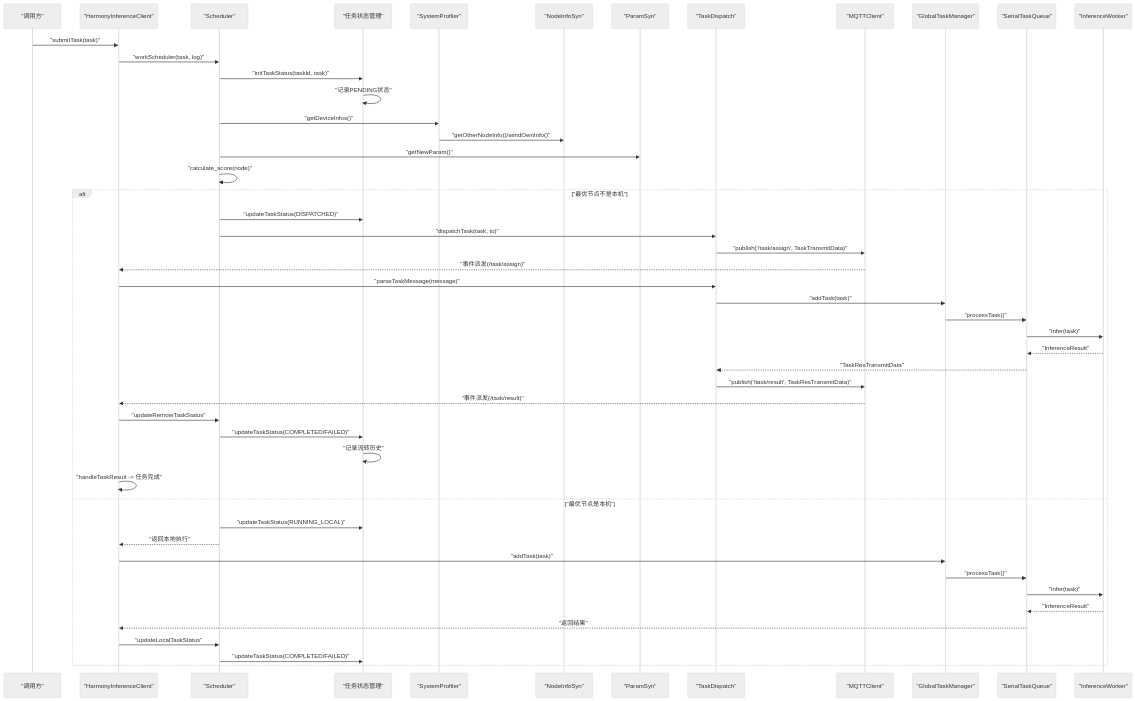
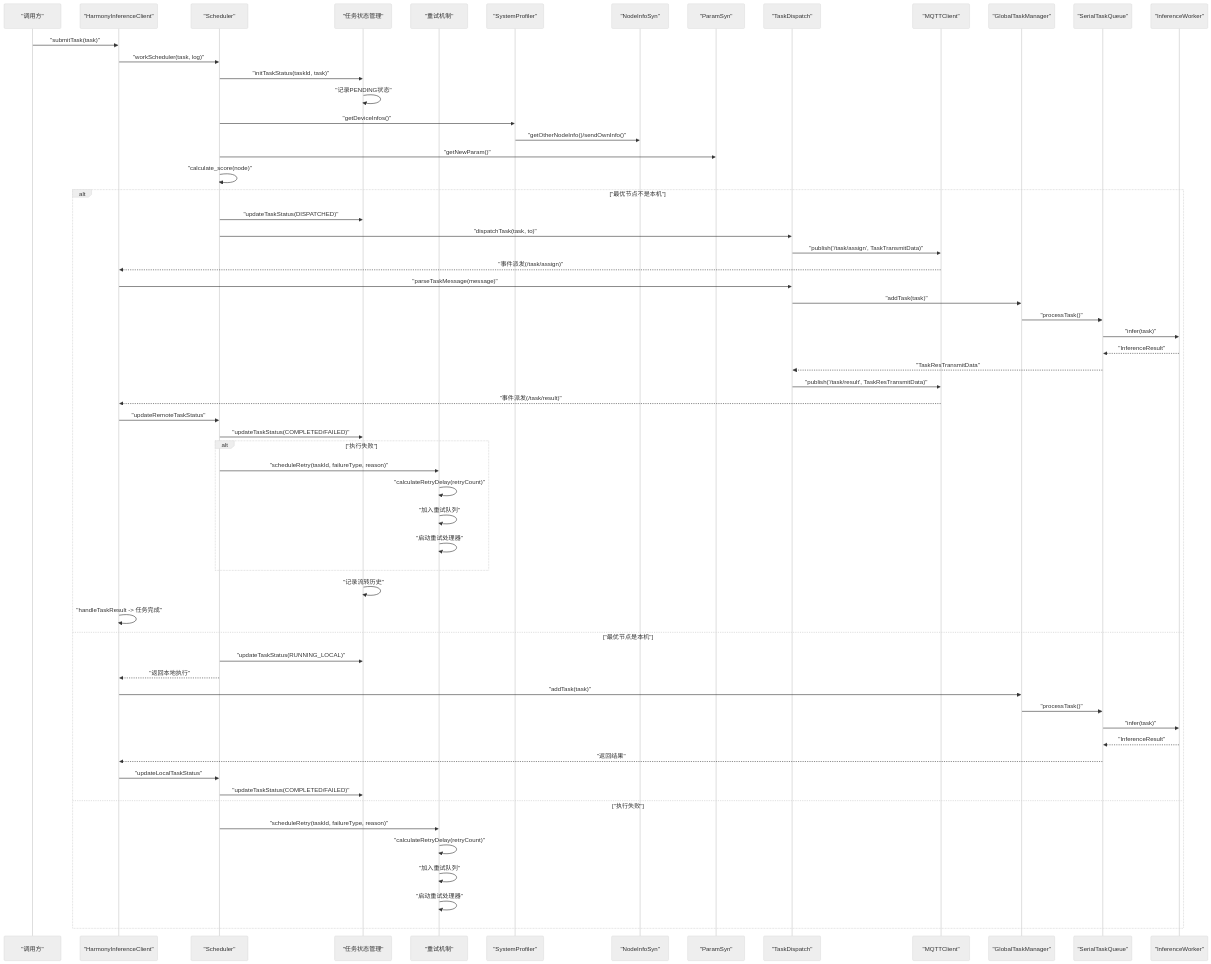
One commit to huo65/OH-Co3 changed the second of 12 diagrams in .qoder/repowiki/zh/content/任务调度系统/任务调度器.md. Above: the diagram before and after it, drawn with Mermaid (neutral theme). The commit also changed other lines of this file and 12 other files, not shown here.

````diff
--- a/.qoder/repowiki/zh/content/任务调度系统/任务调度器.md
+++ b/.qoder/repowiki/zh/content/任务调度系统/任务调度器.md
@@ -122,51 +143,63 @@
 ```mermaid
 sequenceDiagram
 participant Client as "调用方"
 participant HIC as "HarmonyInferenceClient"
 participant SCH as "Scheduler"
 participant TS as "任务状态管理"
+participant RM as "重试机制"
 participant SP as "SystemProfiler"
 participant NI as "NodeInfoSyn"
 participant PS as "ParamSyn"
 participant TD as "TaskDispatch"
 participant MQTT as "MQTTClient"
 participant GTM as "GlobalTaskManager"
 participant STQ as "SerialTaskQueue"
 participant IW as "InferenceWorker"
 Client->>HIC : "submitTask(task)"
 HIC->>SCH : "workScheduler(task, log)"
 SCH->>TS : "initTaskStatus(taskId, task)"
 TS->>TS : "记录PENDING状态"
 SCH->>SP : "getDeviceInfos()"
 SP->>NI : "getOtherNodeInfo()/sendOwnInfo()"
 SCH->>PS : "getNewParam()"
 SCH->>SCH : "calculate_score(node)"
 alt "最优节点不是本机"
 SCH->>TS : "updateTaskStatus(DISPATCHED)"
 SCH->>TD : "dispatchTask(task, to)"
 TD->>MQTT : "publish('/task/assign', TaskTransmitData)"
 MQTT-->>HIC : "事件派发(/task/assign)"
 HIC->>TD : "parseTaskMessage(message)"
 TD->>GTM : "addTask(task)"
 GTM->>STQ : "processTask()"
 STQ->>IW : "infer(task)"
 IW-->>STQ : "InferenceResult"
 STQ-->>TD : "TaskResTransmitData"
 TD->>MQTT : "publish('/task/result', TaskResTransmitData)"
 MQTT-->>HIC : "事件派发(/task/result)"
 HIC->>SCH : "updateRemoteTaskStatus"
 SCH->>TS : "updateTaskStatus(COMPLETED/FAILED)"
+alt "执行失败"
+SCH->>RM : "scheduleRetry(taskId, failureType, reason)"
+RM->>RM : "calculateRetryDelay(retryCount)"
+RM->>RM : "加入重试队列"
+RM->>RM : "启动重试处理器"
+end
 TS->>TS : "记录流转历史"
 HIC->>HIC : "handleTaskResult -> 任务完成"
 else "最优节点是本机"
 SCH->>TS : "updateTaskStatus(RUNNING_LOCAL)"
 SCH-->>HIC : "返回本地执行"
 HIC->>GTM : "addTask(task)"
 GTM->>STQ : "processTask()"
 STQ->>IW : "infer(task)"
 IW-->>STQ : "InferenceResult"
 STQ-->>HIC : "返回结果"
 HIC->>SCH : "updateLocalTaskStatus"
 SCH->>TS : "updateTaskStatus(COMPLETED/FAILED)"
+else "执行失败"
+SCH->>RM : "scheduleRetry(taskId, failureType, reason)"
+RM->>RM : "calculateRetryDelay(retryCount)"
+RM->>RM : "加入重试队列"
+RM->>RM : "启动重试处理器"
 end
 ```
````
